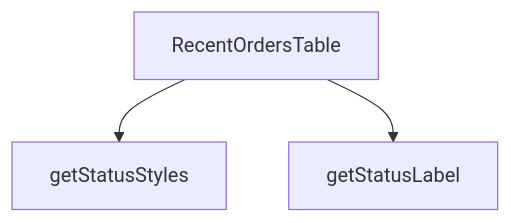
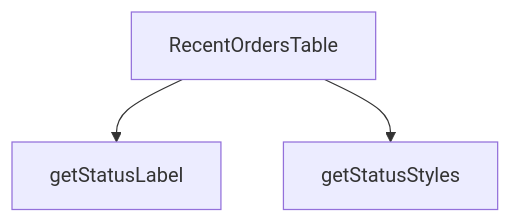
Before and after one commit to peckop/venthub-hvac-esite: the diagram in src/components/admin/dashboard/RecentOrdersTable.md, drawn with Mermaid. The commit also changed other lines of this file and 169 other files, not shown here.

````diff
--- a/src/components/admin/dashboard/RecentOrdersTable.md
+++ b/src/components/admin/dashboard/RecentOrdersTable.md
@@ -123,8 +123,8 @@
 ```mermaid
 graph TD
     RecentOrdersTable_tsx__RecentOrdersTable["RecentOrdersTable"]
     RecentOrdersTable_tsx__getStatusLabel["getStatusLabel"]
     RecentOrdersTable_tsx__getStatusStyles["getStatusStyles"]
+    RecentOrdersTable_tsx__RecentOrdersTable --> RecentOrdersTable_tsx__getStatusLabel
     RecentOrdersTable_tsx__RecentOrdersTable --> RecentOrdersTable_tsx__getStatusStyles
-    RecentOrdersTable_tsx__RecentOrdersTable --> RecentOrdersTable_tsx__getStatusLabel
 ```
````
